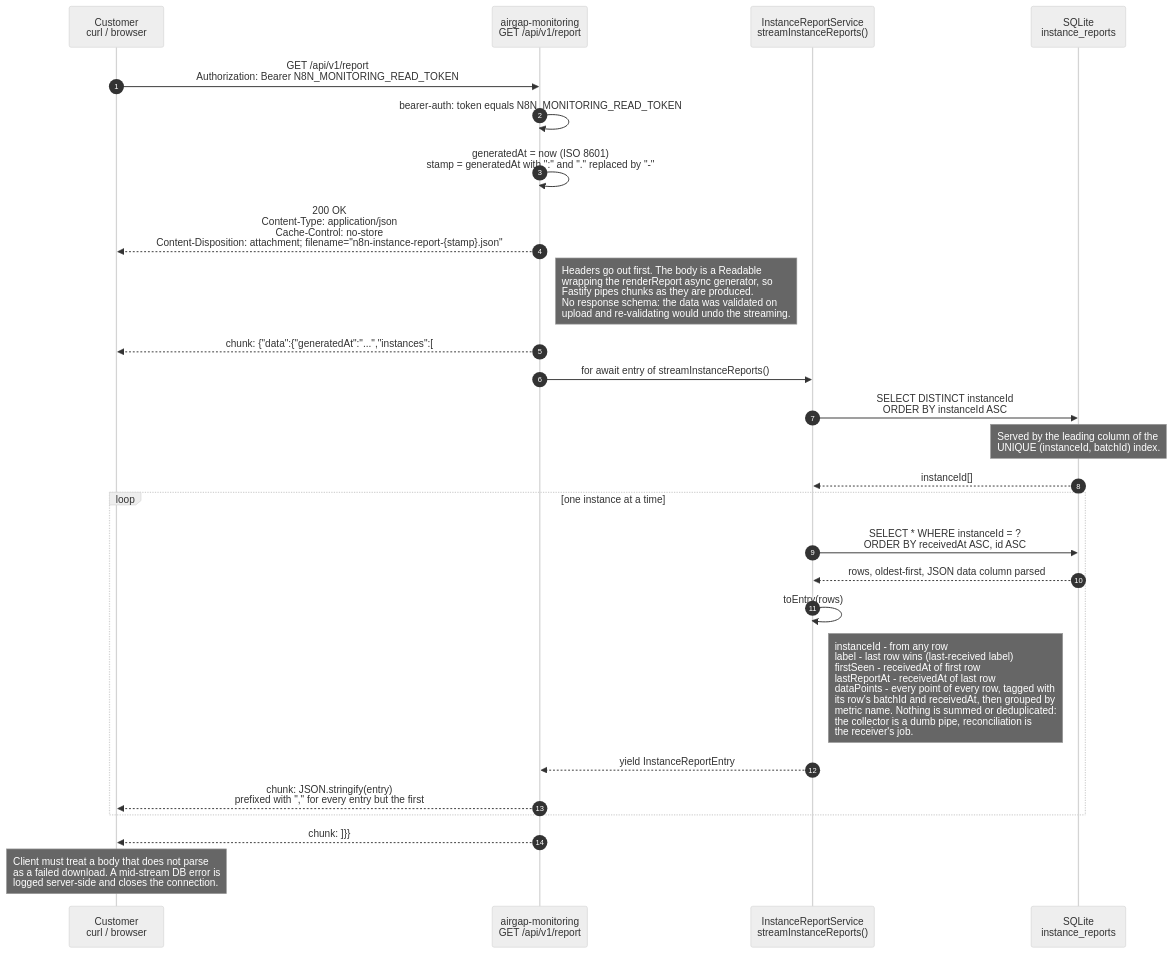
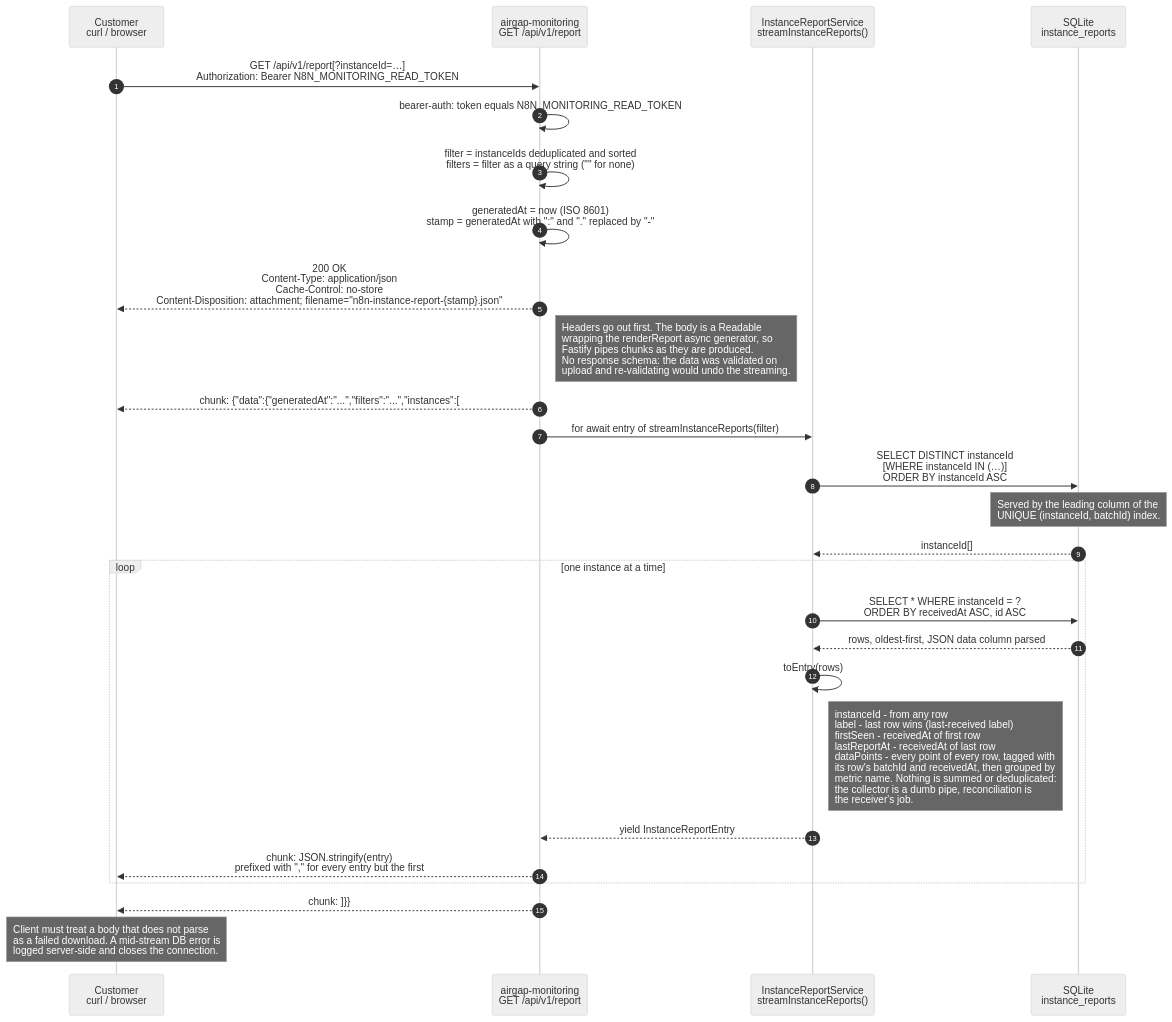
The second of 2 diagrams in docs/DIAGRAMS.md (n8n-io/n8n-airgap-monitoring), drawn with Mermaid (neutral theme) before and after one commit. The commit also changed other lines of this file and 2 other files, not shown here.

Commit message:
docs: Show filters in the report examples

````diff
--- a/docs/DIAGRAMS.md
+++ b/docs/DIAGRAMS.md
@@ -104,38 +104,39 @@
 ```mermaid
 ---
 config:
   sequence:
     noteAlign: left
 ---
 sequenceDiagram
     autonumber
     participant C as Customer<br/>curl / browser
     participant API as airgap-monitoring<br/>GET /api/v1/report
     participant SVC as InstanceReportService<br/>streamInstanceReports()
     participant DB as SQLite<br/>instance_reports
 
-    C->>API: GET /api/v1/report<br/>Authorization: Bearer N8N_MONITORING_READ_TOKEN
+    C->>API: GET /api/v1/report[?instanceId=…]<br/>Authorization: Bearer N8N_MONITORING_READ_TOKEN
     API->>API: bearer-auth: token equals N8N_MONITORING_READ_TOKEN
+    API->>API: filter = instanceIds deduplicated and sorted<br/>filters = filter as a query string ("" for none)
     API->>API: generatedAt = now (ISO 8601)<br/>stamp = generatedAt with ":" and "." replaced by "-"
     API-->>C: 200 OK<br/>Content-Type: application/json<br/>Cache-Control: no-store<br/>Content-Disposition: attachment#59; filename="n8n-instance-report-{stamp}.json"
     Note right of API: Headers go out first. The body is a Readable<br/>wrapping the renderReport async generator, so<br/>Fastify pipes chunks as they are produced.<br/>No response schema: the data was validated on<br/>upload and re-validating would undo the streaming.
 
-    API-->>C: chunk: {"data":{"generatedAt":"...","instances":[
+    API-->>C: chunk: {"data":{"generatedAt":"...","filters":"...","instances":[
 
-    API->>SVC: for await entry of streamInstanceReports()
-    SVC->>DB: SELECT DISTINCT instanceId<br/>ORDER BY instanceId ASC
+    API->>SVC: for await entry of streamInstanceReports(filter)
+    SVC->>DB: SELECT DISTINCT instanceId<br/>[WHERE instanceId IN (…)]<br/>ORDER BY instanceId ASC
     Note over DB: Served by the leading column of the<br/>UNIQUE (instanceId, batchId) index.
     DB-->>SVC: instanceId[]
 
     loop one instance at a time
         SVC->>DB: SELECT * WHERE instanceId = ?<br/>ORDER BY receivedAt ASC, id ASC
         DB-->>SVC: rows, oldest-first, JSON data column parsed
         SVC->>SVC: toEntry(rows)
         Note right of SVC: instanceId - from any row<br/>label - last row wins (last-received label)<br/>firstSeen - receivedAt of first row<br/>lastReportAt - receivedAt of last row<br/>dataPoints - every point of every row, tagged with<br/>its row's batchId and receivedAt, then grouped by<br/>metric name. Nothing is summed or deduplicated:<br/>the collector is a dumb pipe, reconciliation is<br/>the receiver's job.
         SVC-->>API: yield InstanceReportEntry
         API-->>C: chunk: JSON.stringify(entry)<br/>prefixed with "," for every entry but the first
     end
 
     API-->>C: chunk: ]}}
     Note over C: Client must treat a body that does not parse<br/>as a failed download. A mid-stream DB error is<br/>logged server-side and closes the connection.
 ```
````
